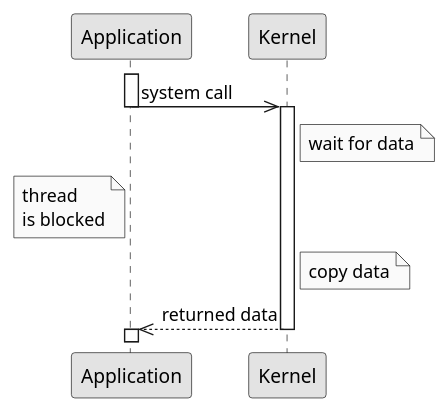
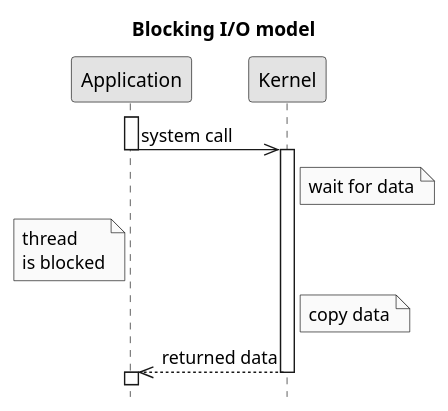
One commit to c0p4c4b4n4/demo-sockets-io-nio-nio2 changed the diagram in doc/plantuml/1. synchronous blocking IO model.puml. Above: the diagram before and after it, drawn with PlantUML. The commit also changed 4 other files, not shown here.

```diff
--- a/doc/plantuml/1. synchronous blocking IO model.puml
+++ b/doc/plantuml/1. synchronous blocking IO model.puml
@@ -1,14 +1,16 @@
 @startuml
+title Blocking I/O model
+hide footbox
 skinparam monochrome true
 skinparam shadowing false
 activate Application
 Application->>Kernel: system call
 deactivate Application
 activate Kernel
 Note right of Kernel: wait for data
 Note left of Application: thread\nis blocked
 Note right of Kernel: copy data
 Kernel-->>Application: returned data
 deactivate Kernel
 activate Application
 @enduml
```
